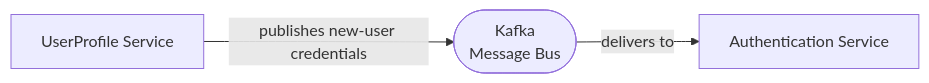
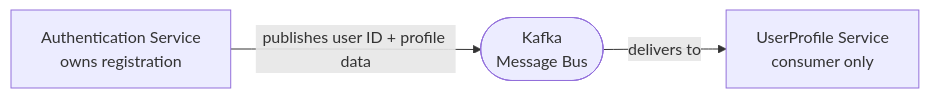
One commit to mathaisjustin/cardiac-diagonistics changed the third of 4 diagrams in docs/ARCHITECTURE.md. Above: the diagram before and after it, drawn with Mermaid. The commit also changed other lines of this file and 3 other files, not shown here.

First line of the commit message:
Simplify registration: Auth owns it, UserProfile only consumes

````diff
--- a/docs/ARCHITECTURE.md
+++ b/docs/ARCHITECTURE.md
@@ -57,9 +59,9 @@
 ```mermaid
 flowchart LR
-    UserProfile["UserProfile Service"]
+    Auth["Authentication Service<br/>owns registration"]
     Kafka(["Kafka<br/>Message Bus"])
-    Auth["Authentication Service"]
+    UserProfile["UserProfile Service<br/>consumer only"]
 
-    UserProfile -- "publishes new-user credentials" --> Kafka
-    Kafka -- "delivers to" --> Auth
+    Auth -- "publishes user ID + profile data" --> Kafka
+    Kafka -- "delivers to" --> UserProfile
 ```
````
